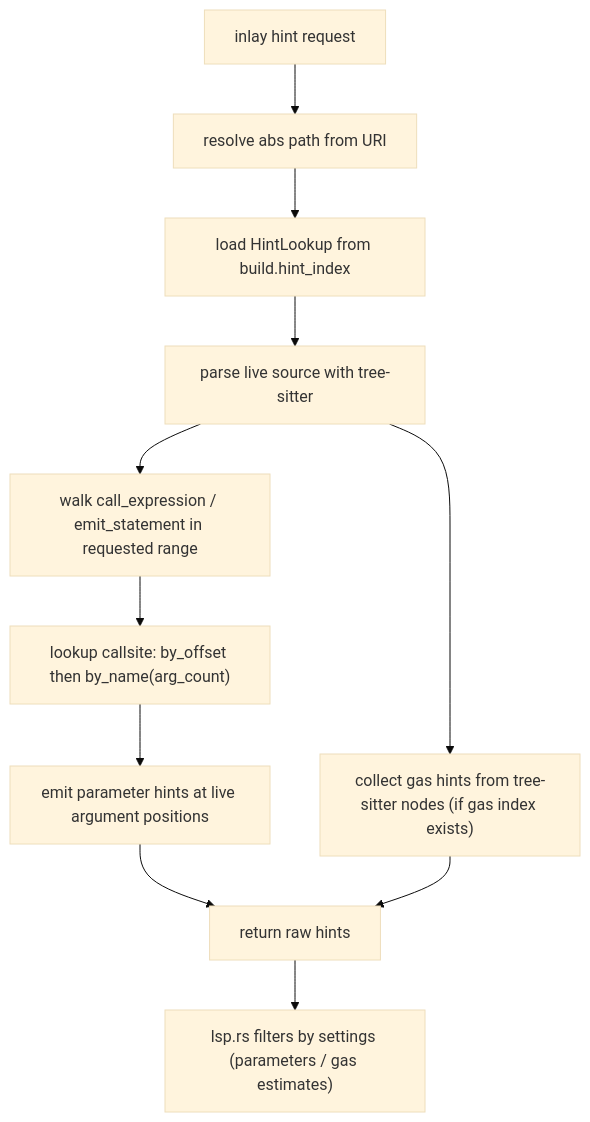
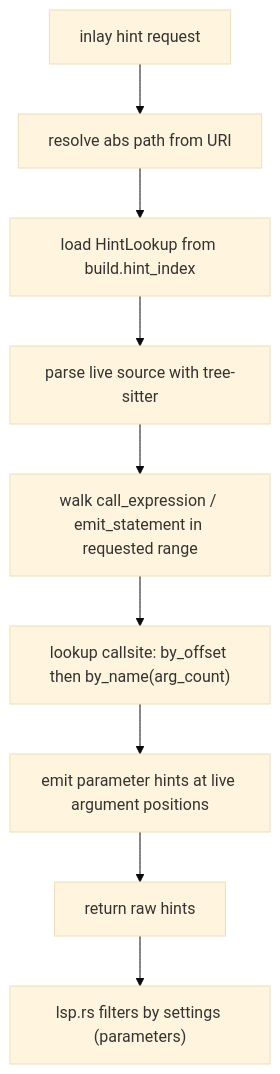
The diagram in docs/pages/reference/inlay-hints.md (mmsaki/solidity-language-server), drawn with Mermaid (base theme) before and after one commit. The commit also changed other lines of this file and 19 other files, not shown here.

First line of the commit message:
feat: remove gas estimates, parallel AST-only sub-caches, log cleanup (#190)

````diff
--- a/docs/pages/reference/inlay-hints.md
+++ b/docs/pages/reference/inlay-hints.md
@@ -46,13 +45,11 @@
 ```mermaid
 flowchart TD
   A["inlay hint request"] --> B["resolve abs path from URI"]
   B --> C["load HintLookup from build.hint_index"]
   C --> D["parse live source with tree-sitter"]
   D --> E["walk call_expression / emit_statement in requested range"]
   E --> F["lookup callsite: by_offset then by_name(arg_count)"]
   F --> G["emit parameter hints at live argument positions"]
-  D --> H["collect gas hints from tree-sitter nodes (if gas index exists)"]
   G --> I["return raw hints"]
-  H --> I
-  I --> J["lsp.rs filters by settings (parameters / gas estimates)"]
+  I --> J["lsp.rs filters by settings (parameters)"]
 ```
````
